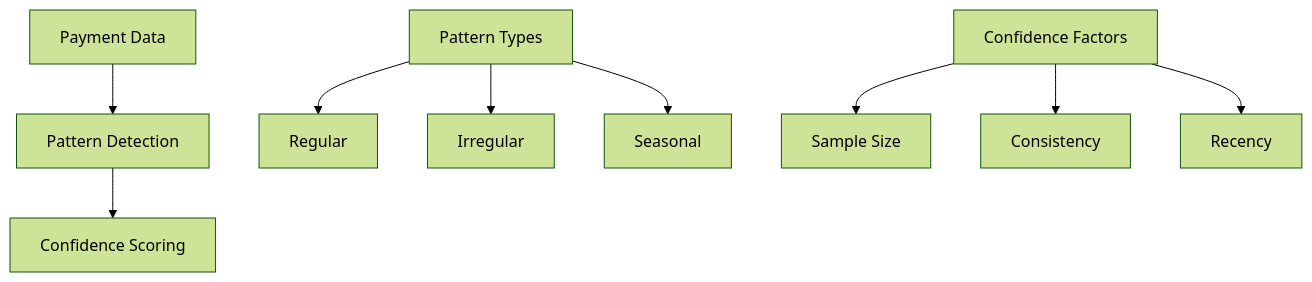
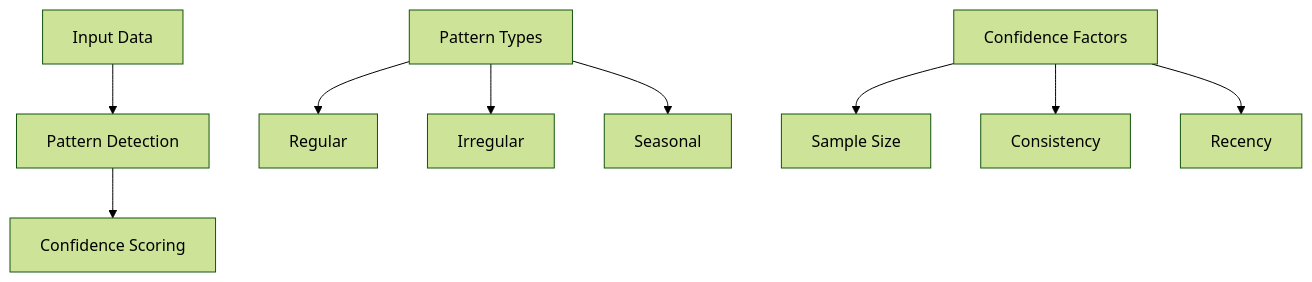
The fourth of 4 diagrams in docs/system_patterns.md (AstroMined/debtonator), drawn with Mermaid (forest theme) before and after one commit. The commit also changed other lines of this file and 14 other files, not shown here.

````diff
--- a/docs/system_patterns.md
+++ b/docs/system_patterns.md
@@ -265,13 +96,13 @@
 ```mermaid
 graph TD
-    A[Payment Data] --> B[Pattern Detection]
+    A[Input Data] --> B[Pattern Detection]
     B --> C[Confidence Scoring]
     
     B1[Pattern Types] --> B2[Regular]
     B1 --> B3[Irregular]
     B1 --> B4[Seasonal]
     
     C1[Confidence Factors] --> C2[Sample Size]
     C1 --> C3[Consistency]
     C1 --> C4[Recency]
 ```
````
